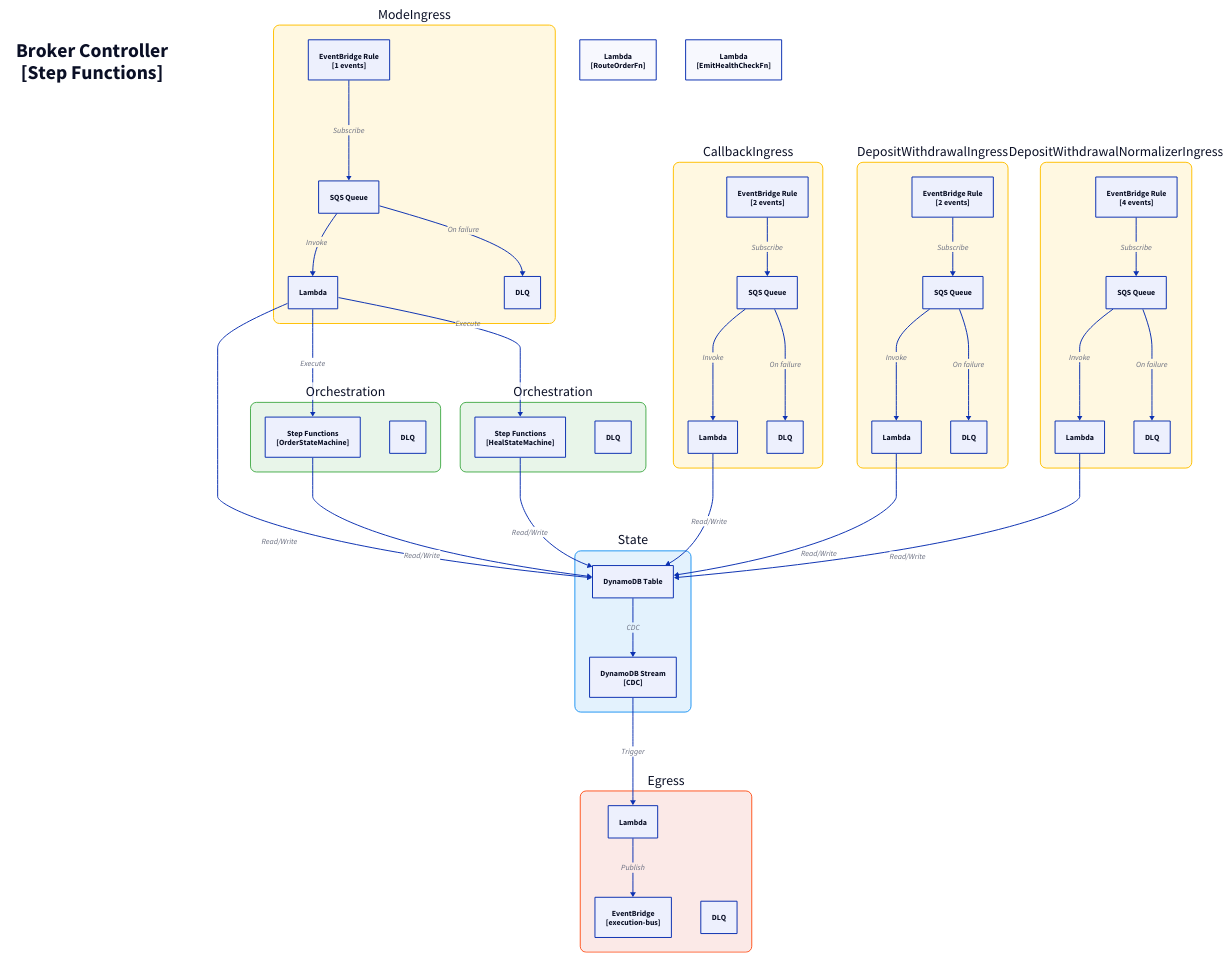
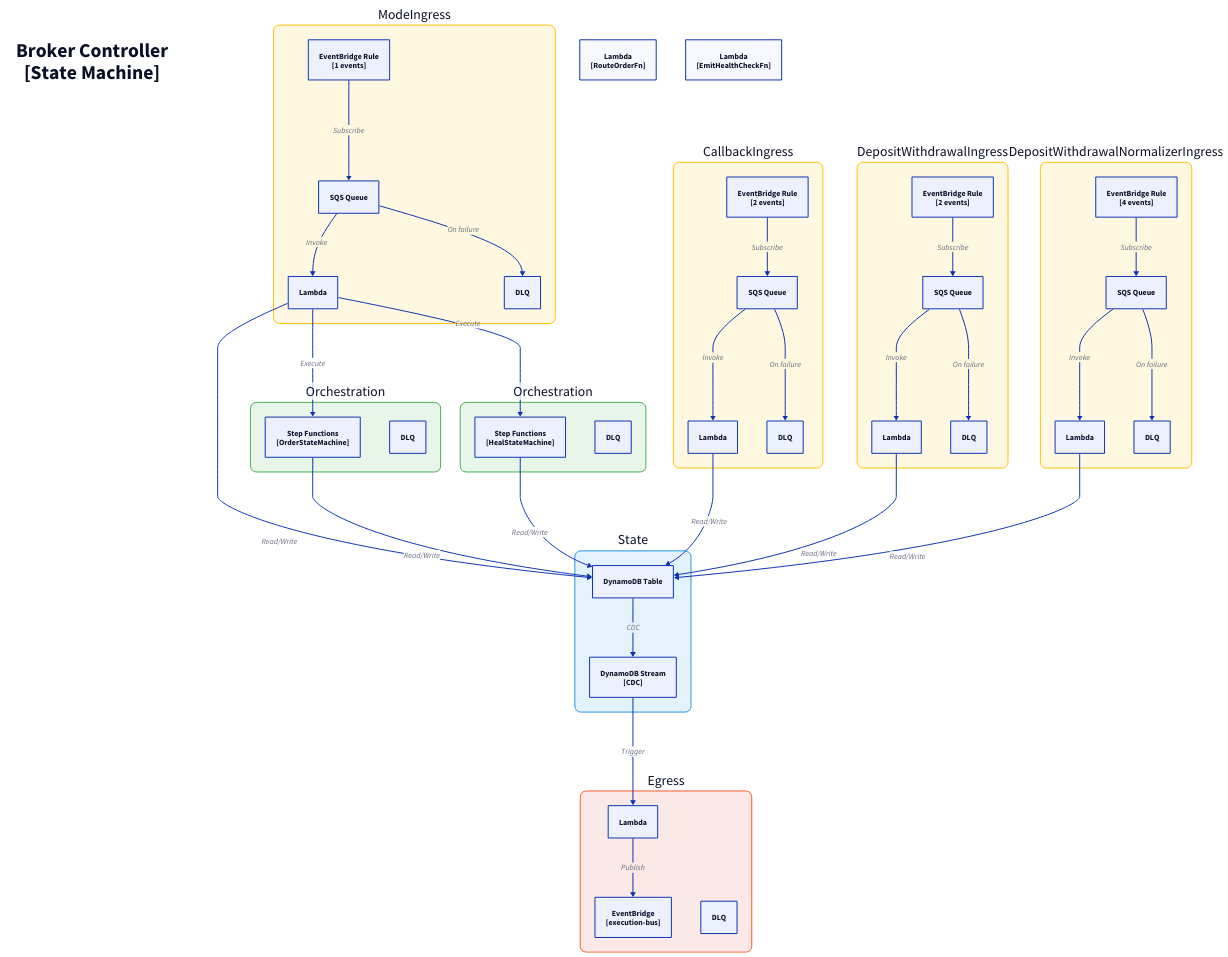
The diagram in docs/architecture/c3/broker-ctrl.d2 (fabio-vitali/nestfolio), drawn with D2 before and after one commit. The commit also changed 32 other files, not shown here.

Commit message:
fix: c4 diagram fixes

```diff
--- a/docs/architecture/c3/broker-ctrl.d2
+++ b/docs/architecture/c3/broker-ctrl.d2
@@ -1,95 +1,95 @@
 direction: down
 
-title: "Broker Controller\n[Step Functions]" {
+title: "Broker Controller\n[State Machine]" {
   style: { font-size: 40; bold: true; fill: transparent; stroke: transparent }
 }
 
 mode-ingress: "ModeIngress" {
   style: { fill: "#FFF8E1"; stroke: "#FFC107"; border-radius: 12; font-size: 28 }
   rule: "EventBridge Rule\n[1 events]" { class: aws-eventbridge }
   sqs: "SQS Queue" { class: aws-sqs }
   dlq: "DLQ" { class: aws-dlq }
   handler: "Lambda" { class: aws-lambda }
 
   rule -> sqs: Subscribe
   sqs -> handler: Invoke
   sqs -> dlq: On failure
 }
 
 callback-ingress: "CallbackIngress" {
   style: { fill: "#FFF8E1"; stroke: "#FFC107"; border-radius: 12; font-size: 28 }
   rule: "EventBridge Rule\n[2 events]" { class: aws-eventbridge }
   sqs: "SQS Queue" { class: aws-sqs }
   dlq: "DLQ" { class: aws-dlq }
   handler: "Lambda" { class: aws-lambda }
 
   rule -> sqs: Subscribe
   sqs -> handler: Invoke
   sqs -> dlq: On failure
 }
 
 deposit-withdrawal-ingress: "DepositWithdrawalIngress" {
   style: { fill: "#FFF8E1"; stroke: "#FFC107"; border-radius: 12; font-size: 28 }
   rule: "EventBridge Rule\n[2 events]" { class: aws-eventbridge }
   sqs: "SQS Queue" { class: aws-sqs }
   dlq: "DLQ" { class: aws-dlq }
   handler: "Lambda" { class: aws-lambda }
 
   rule -> sqs: Subscribe
   sqs -> handler: Invoke
   sqs -> dlq: On failure
 }
 
 deposit-withdrawal-normalizer-ingress: "DepositWithdrawalNormalizerIngress" {
   style: { fill: "#FFF8E1"; stroke: "#FFC107"; border-radius: 12; font-size: 28 }
   rule: "EventBridge Rule\n[4 events]" { class: aws-eventbridge }
   sqs: "SQS Queue" { class: aws-sqs }
   dlq: "DLQ" { class: aws-dlq }
   handler: "Lambda" { class: aws-lambda }
 
   rule -> sqs: Subscribe
   sqs -> handler: Invoke
   sqs -> dlq: On failure
 }
 
 state: "State" {
   style: { fill: "#E3F2FD"; stroke: "#2196F3"; border-radius: 12; font-size: 28 }
   table: "DynamoDB Table" { class: aws-dynamodb }
   stream: "DynamoDB Stream\n[CDC]" { class: aws-ddb-stream }
   table -> stream: CDC
 }
 
 egress: "Egress" {
   style: { fill: "#FBE9E7"; stroke: "#FF5722"; border-radius: 12; font-size: 28 }
   processor: "Lambda" { class: aws-lambda }
   bus: "EventBridge\n[execution-bus]" { class: aws-eventbridge }
   dlq: "DLQ" { class: aws-dlq }
 
   processor -> bus: Publish
 }
 
 order-state-machine: "Orchestration" {
   style: { fill: "#E8F5E9"; stroke: "#4CAF50"; border-radius: 12; font-size: 28 }
   state-machine: "Step Functions\n[OrderStateMachine]" { class: aws-stepfunctions }
   dlq: "DLQ" { class: aws-dlq }
 }
 
 heal-state-machine: "Orchestration" {
   style: { fill: "#E8F5E9"; stroke: "#4CAF50"; border-radius: 12; font-size: 28 }
   state-machine: "Step Functions\n[HealStateMachine]" { class: aws-stepfunctions }
   dlq: "DLQ" { class: aws-dlq }
 }
 
 route-order-fn: "Lambda\n[RouteOrderFn]" { class: aws-lambda }
 emit-health-check-fn: "Lambda\n[EmitHealthCheckFn]" { class: aws-lambda }
 
 # Flows
 mode-ingress.handler -> state.table: Read/Write
 callback-ingress.handler -> state.table: Read/Write
 deposit-withdrawal-ingress.handler -> state.table: Read/Write
 deposit-withdrawal-normalizer-ingress.handler -> state.table: Read/Write
 state.stream -> egress.processor: Trigger
 mode-ingress.handler -> order-state-machine.state-machine: Execute
 order-state-machine.state-machine -> state.table: Read/Write
 mode-ingress.handler -> heal-state-machine.state-machine: Execute
 heal-state-machine.state-machine -> state.table: Read/Write
```
